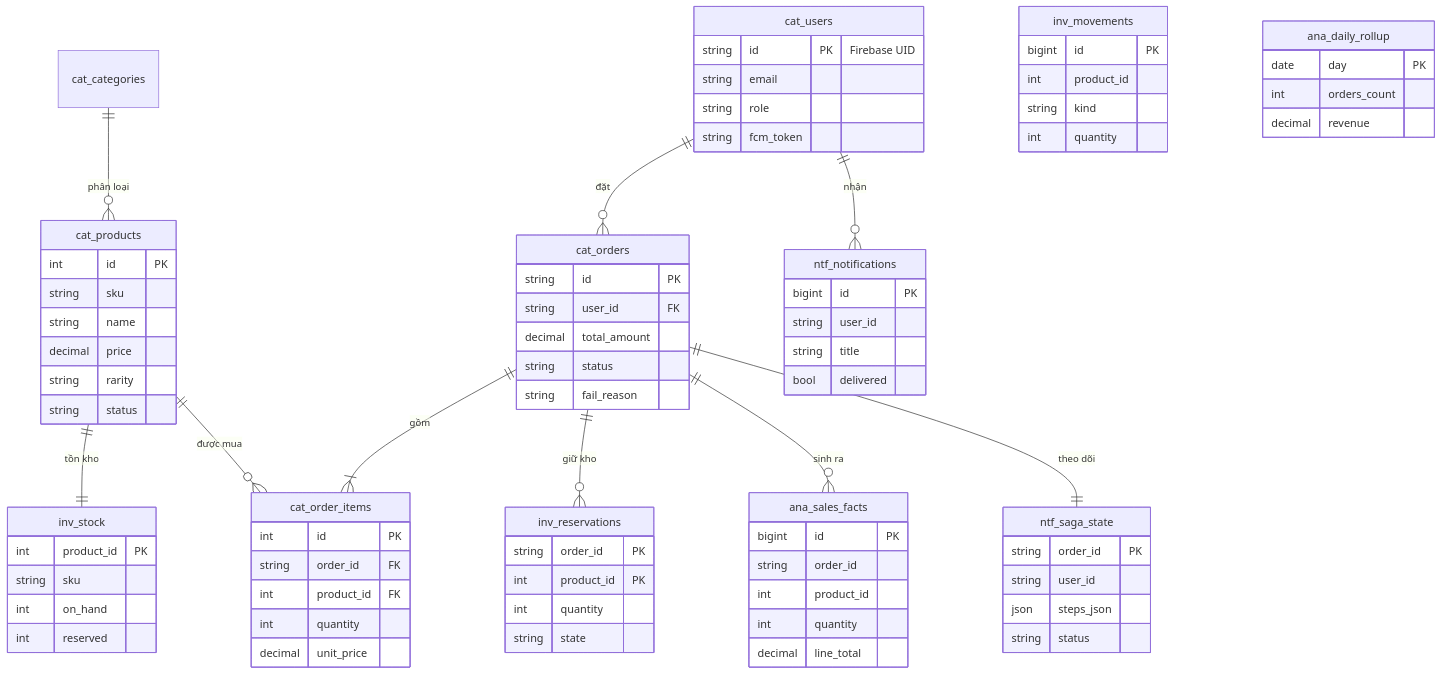
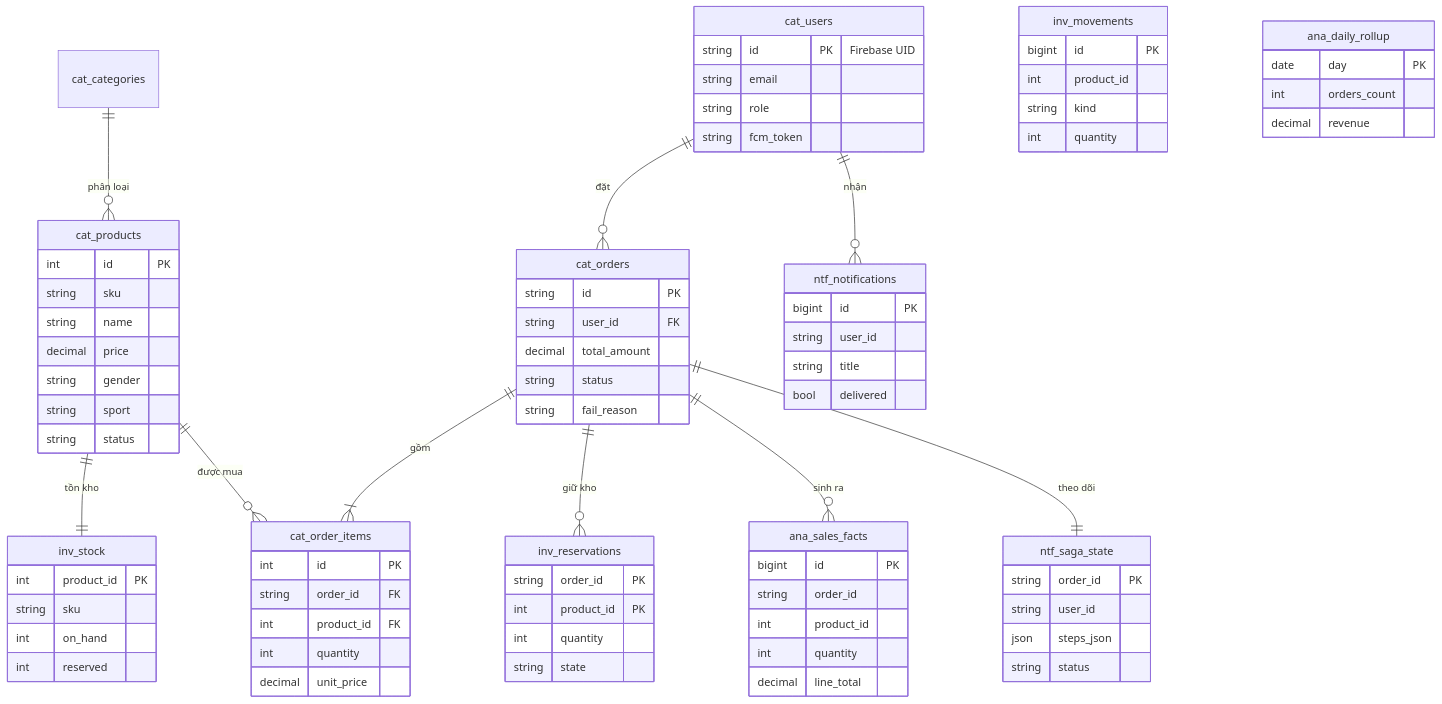
One commit to lualua0909/hcmute-design-pattern changed the fifth of 14 diagrams in README.md. Above: the diagram before and after it, drawn with Mermaid. The commit also changed other lines of this file and 49 other files, not shown here.

```diff
--- a/README.md
+++ b/README.md
@@ -183,7 +183,8 @@
         string sku
         string name
         decimal price
-        string rarity
+        string gender
+        string sport
         string status
     }
     cat_orders {
```
